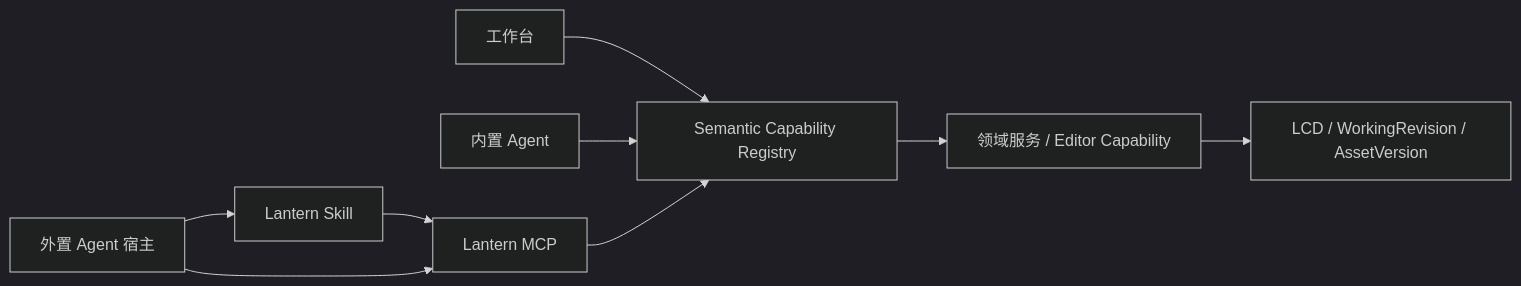
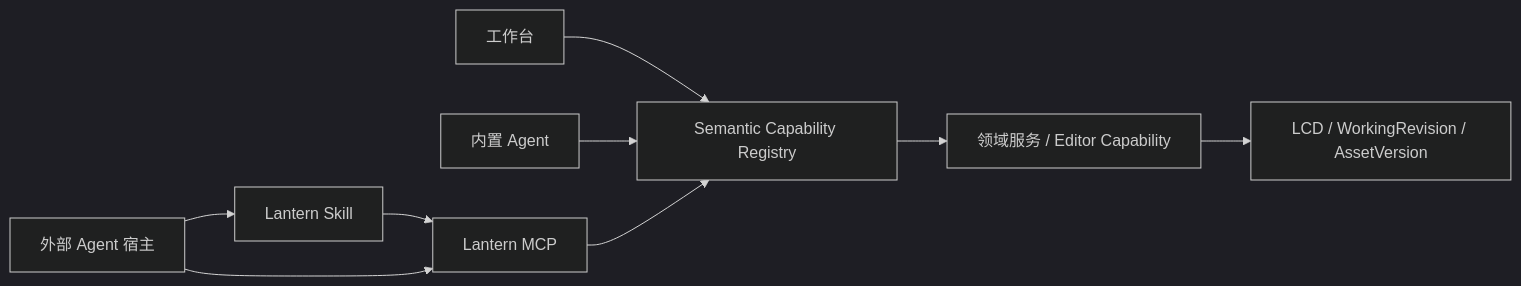
One commit to lanseqingling/lantern changed the diagram in docs/agent.md. Above: the diagram before and after it, drawn with Mermaid (dark theme). The commit also changed other lines of this file and 24 other files, not shown here.

````diff
--- a/docs/agent.md
+++ b/docs/agent.md
@@ -42,20 +42,20 @@
 ```mermaid
 flowchart LR
   UI["工作台"]
   IA["内置 Agent"]
-  EA["外置 Agent 宿主"]
+  EA["外部 Agent 宿主"]
   SK["Lantern Skill"]
   MCP["Lantern MCP"]
   CAP["Semantic Capability Registry"]
   DOM["领域服务 / Editor Capability"]
   LCD["LCD / WorkingRevision / AssetVersion"]
 
   UI --> CAP
   IA --> CAP
   EA --> SK
   SK --> MCP
   EA --> MCP
   MCP --> CAP
   CAP --> DOM
   DOM --> LCD
 ```
````
